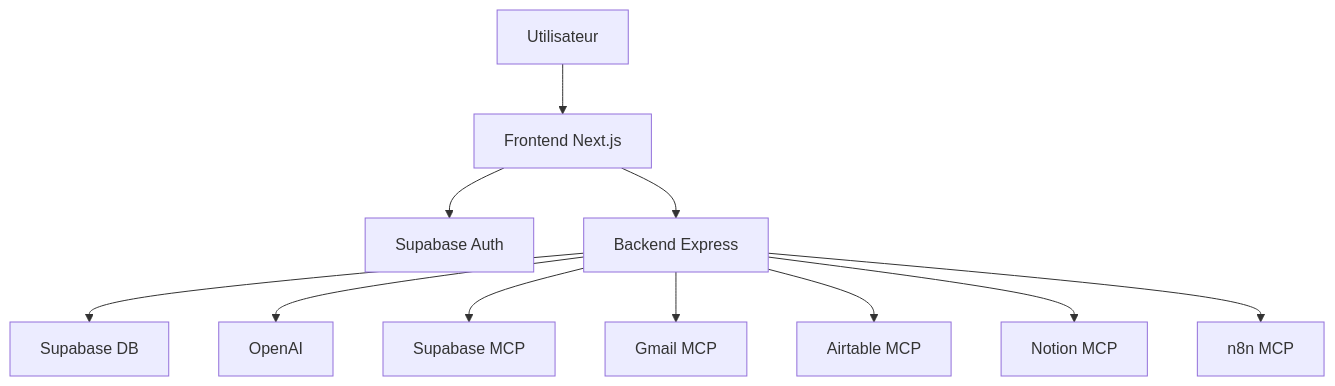
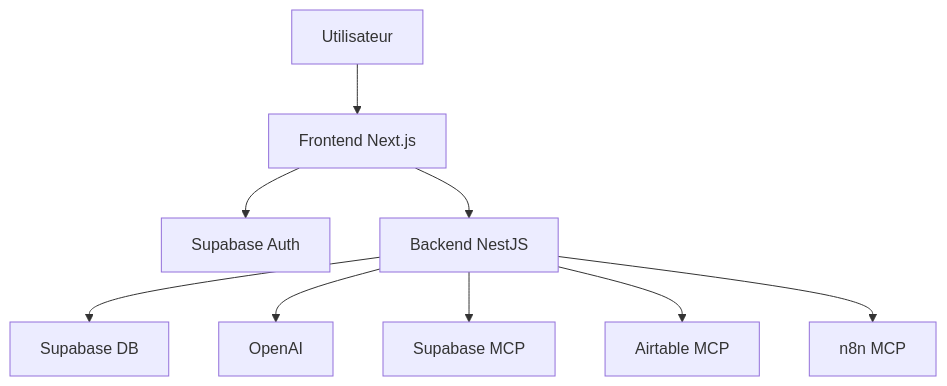
The diagram in doc_technique/02-architecture-globale.md (MLGCONSULT/ASUNCIA), drawn with Mermaid before and after one commit. The commit also changed other lines of this file and 25 other files, not shown here.

````diff
--- a/doc_technique/02-architecture-globale.md
+++ b/doc_technique/02-architecture-globale.md
@@ -25,13 +25,11 @@
 ```mermaid
 flowchart TD
     User["Utilisateur"] --> Frontend["Frontend Next.js"]
     Frontend --> SupabaseAuth["Supabase Auth"]
-    Frontend --> Backend["Backend Express"]
+    Frontend --> Backend["Backend NestJS"]
     Backend --> SupabaseDB["Supabase DB"]
     Backend --> OpenAI["OpenAI"]
     Backend --> SupabaseMCP["Supabase MCP"]
-    Backend --> GmailMCP["Gmail MCP"]
     Backend --> AirtableMCP["Airtable MCP"]
-    Backend --> NotionMCP["Notion MCP"]
     Backend --> N8nMCP["n8n MCP"]
 ```
````
